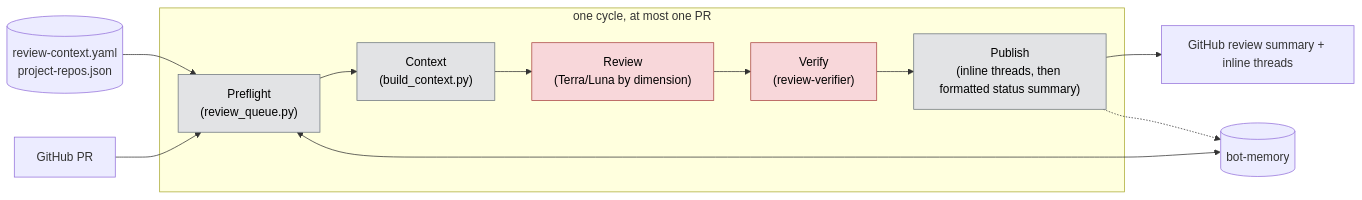
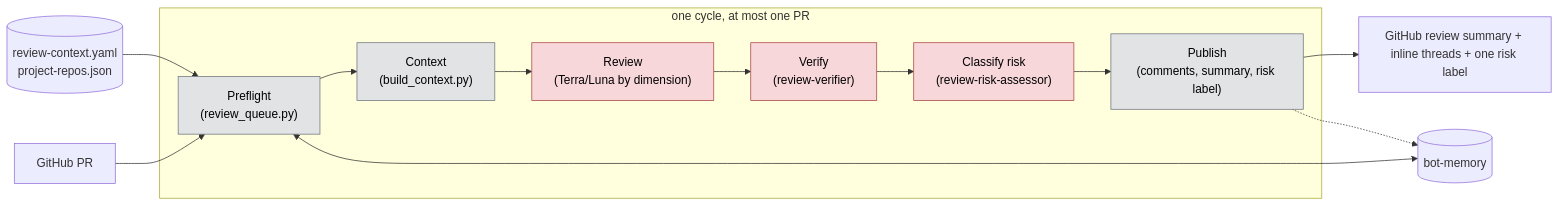
The first of 4 diagrams in instance/rbac-config-review/agent/workflows/review-only/WORKFLOW.md (RedHatInsights/fabric-access-ai-dev), drawn with Mermaid before and after one commit. The commit also changed other lines of this file and 10 other files, not shown here.

First line of the commit message:
feat(review): classify PR breaking risk

````diff
--- a/instance/rbac-config-review/agent/workflows/review-only/WORKFLOW.md
+++ b/instance/rbac-config-review/agent/workflows/review-only/WORKFLOW.md
@@ -26,19 +27,20 @@
 ```mermaid
 flowchart LR
     Config[("review-context.yaml<br/>project-repos.json")] --> A
     GH1["GitHub PR"] --> A
     Memory[("bot-memory")] <--> A
     subgraph Cycle["one cycle, at most one PR"]
         A["Preflight<br/>(review_queue.py)"] --> B["Context<br/>(build_context.py)"]
         B --> C["Review<br/>(Terra/Luna by dimension)"]
         C --> D["Verify<br/>(review-verifier)"]
-        D --> E["Publish<br/>(inline threads, then formatted status summary)"]
+        D --> R["Classify risk<br/>(review-risk-assessor)"]
+        R --> E["Publish<br/>(comments, summary, risk label)"]
     end
-    E --> GH2["GitHub review summary + inline threads"]
+    E --> GH2["GitHub review summary + inline threads + one risk label"]
     E -.-> Memory
 
     classDef script fill:#e2e3e5,stroke:#6c757d,color:#000;
     classDef ai fill:#f8d7da,stroke:#a94442,color:#000;
     class A,B,E script;
-    class C,T,D,M ai;
+    class C,T,D,R,M ai;
 ```
````
